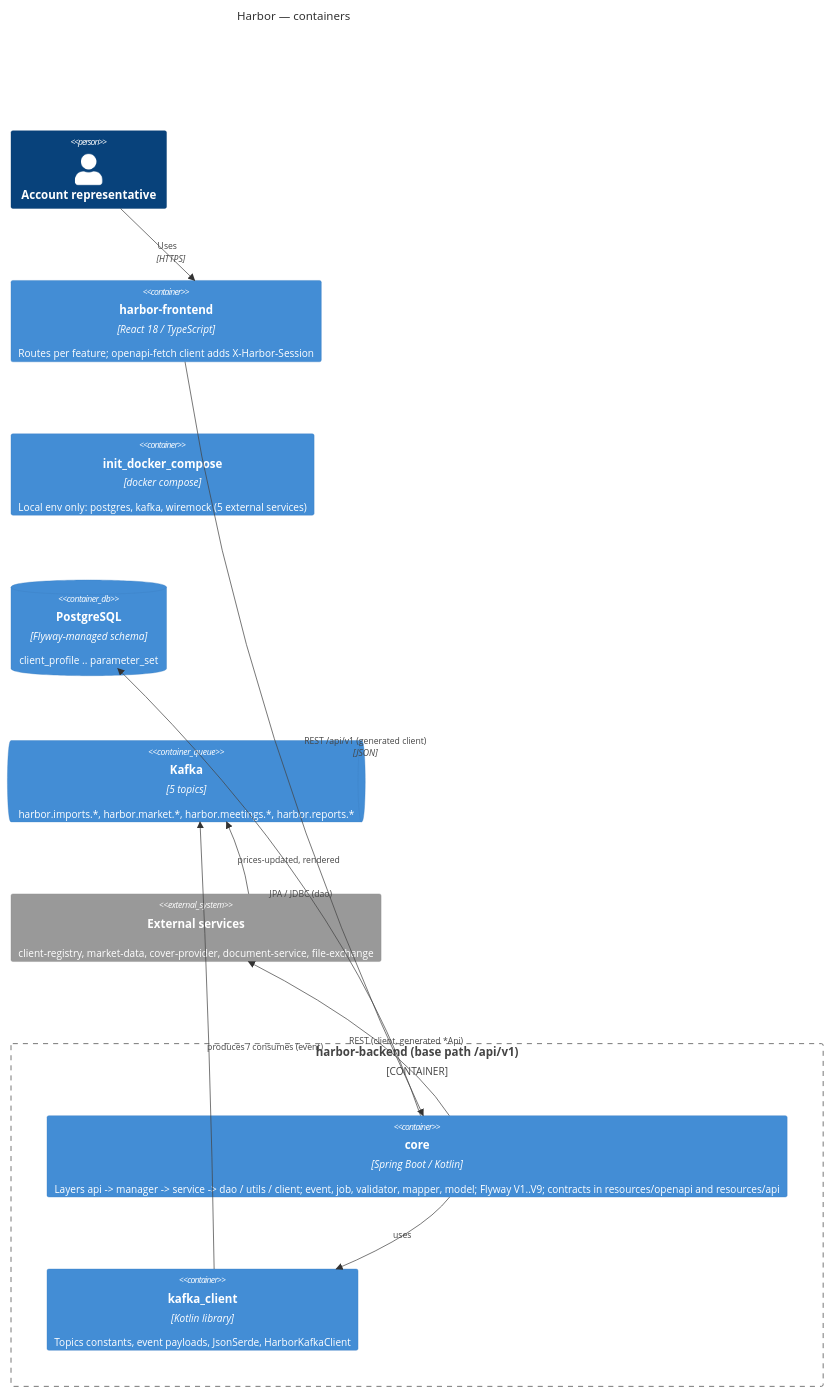
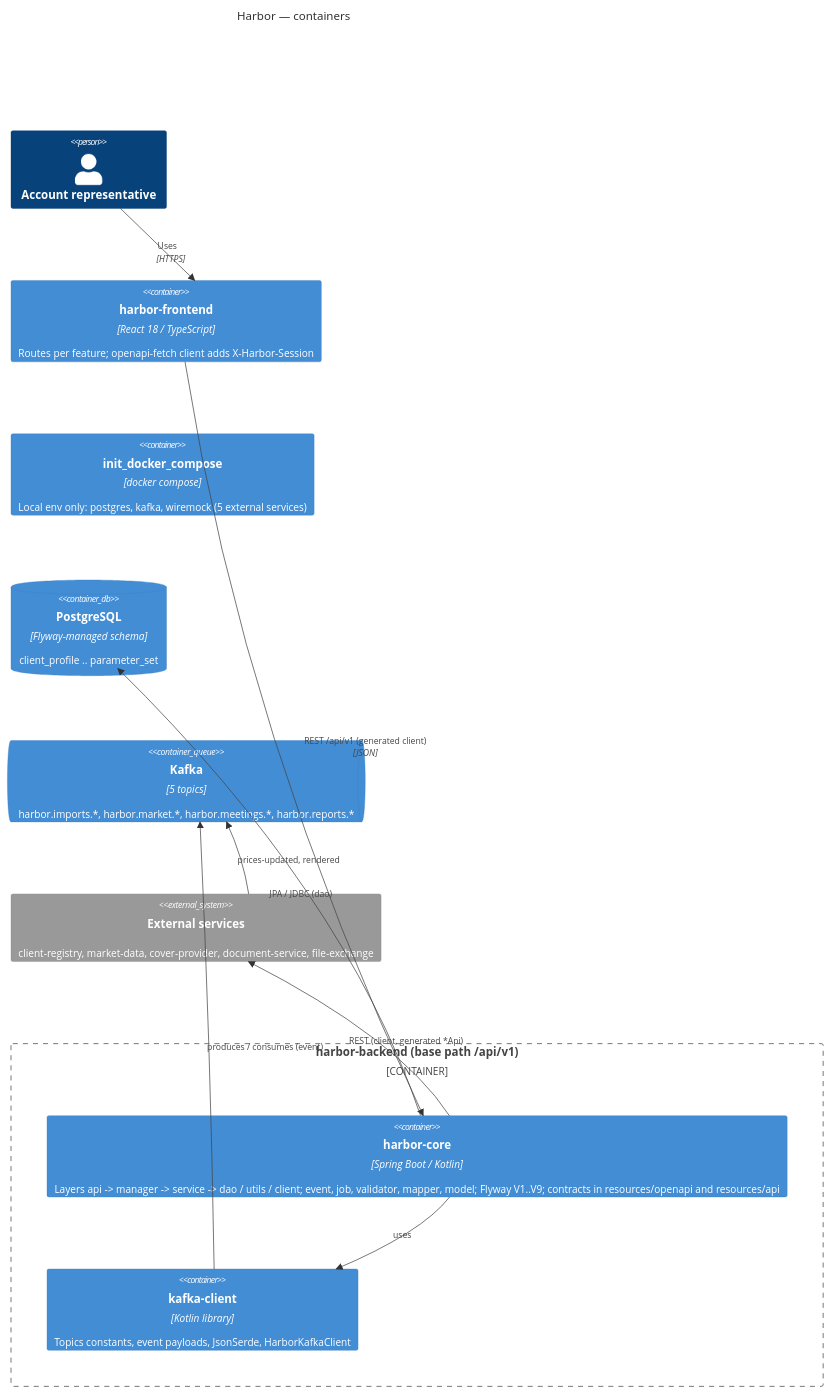
One commit to NatSjm/investigation changed the second of 2 diagrams in docs-repo/architecture/overview.md. Above: the diagram before and after it, drawn with Mermaid. The commit also changed other lines of this file and 537 other files, not shown here.

````diff
--- a/docs-repo/architecture/overview.md
+++ b/docs-repo/architecture/overview.md
@@ -69,21 +69,21 @@
 ```mermaid
 C4Container
   title Harbor — containers
   Person(rep, "Account representative")
   Container(fe, "harbor-frontend", "React 18 / TypeScript", "Routes per feature; openapi-fetch client adds X-Harbor-Session")
   Container_Boundary(be, "harbor-backend (base path /api/v1)") {
-    Container(core, "core", "Spring Boot / Kotlin", "Layers api -> manager -> service -> dao / utils / client; event, job, validator, mapper, model; Flyway V1..V9; contracts in resources/openapi and resources/api")
-    Container(kc, "kafka_client", "Kotlin library", "Topics constants, event payloads, JsonSerde, HarborKafkaClient")
+    Container(core, "harbor-core", "Spring Boot / Kotlin", "Layers api -> manager -> service -> dao / utils / client; event, job, validator, mapper, model; Flyway V1..V9; contracts in resources/openapi and resources/api")
+    Container(kc, "kafka-client", "Kotlin library", "Topics constants, event payloads, JsonSerde, HarborKafkaClient")
   }
   Container(local, "init_docker_compose", "docker compose", "Local env only: postgres, kafka, wiremock (5 external services)")
   ContainerDb(pg, "PostgreSQL", "Flyway-managed schema", "client_profile .. parameter_set")
   ContainerQueue(kafka, "Kafka", "5 topics", "harbor.imports.*, harbor.market.*, harbor.meetings.*, harbor.reports.*")
   System_Ext(ext, "External services", "client-registry, market-data, cover-provider, document-service, file-exchange")
   Rel(rep, fe, "Uses", "HTTPS")
   Rel(fe, core, "REST /api/v1 (generated client)", "JSON")
   Rel(core, kc, "uses")
   Rel(core, pg, "JPA / JDBC (dao)")
   Rel(kc, kafka, "produces / consumes (event)")
   Rel(core, ext, "REST (client, generated *Api)")
   Rel(ext, kafka, "prices-updated, rendered")
 ```
````
